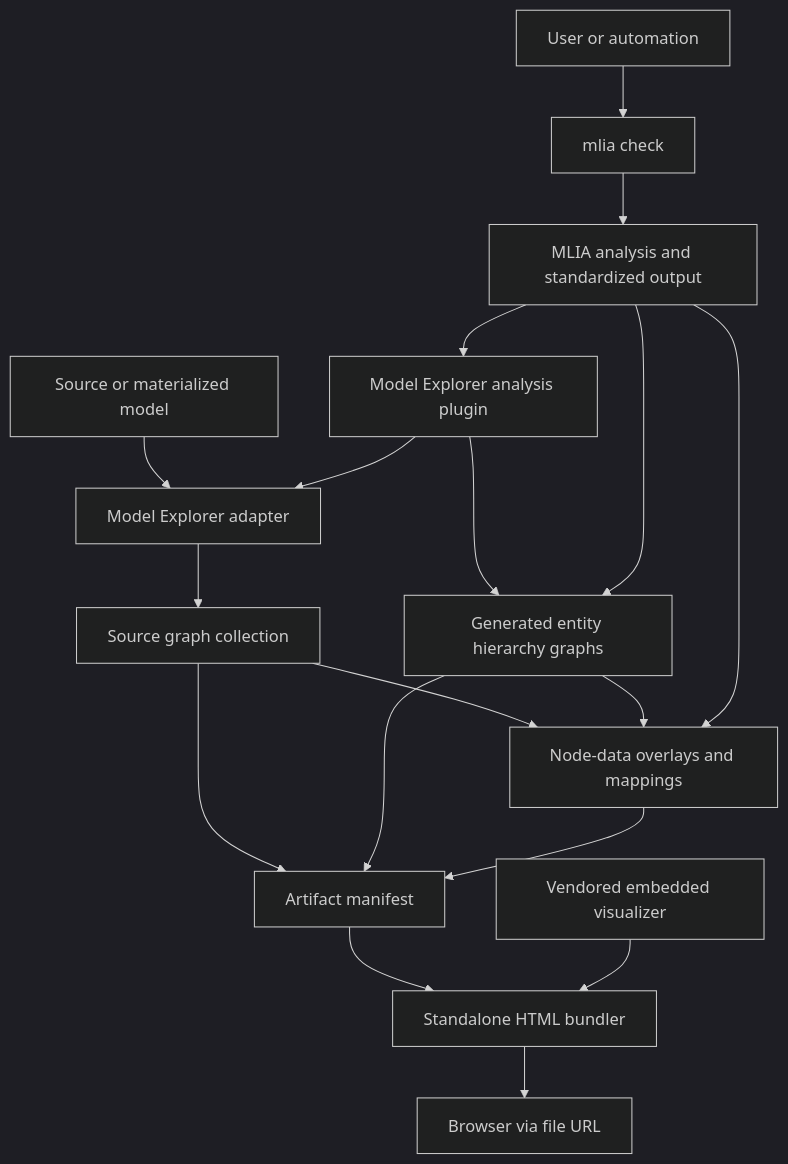
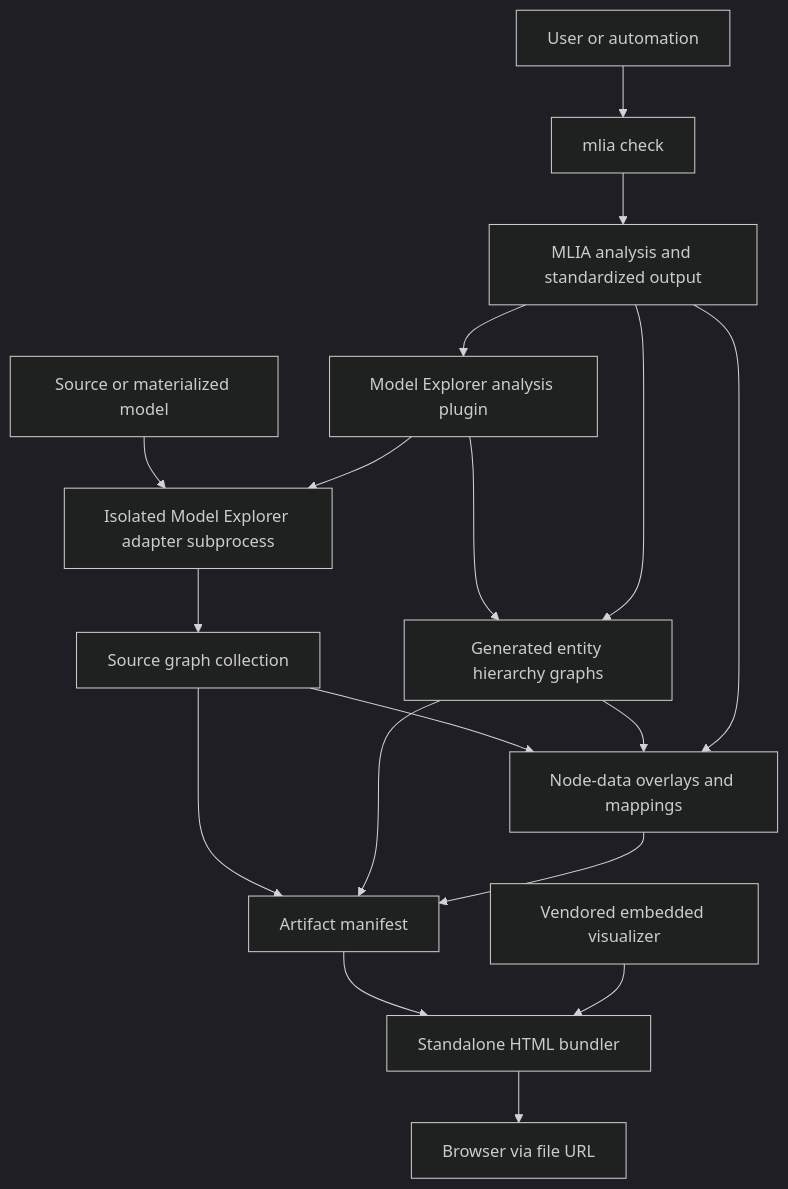
One commit to arm/mlia-model-explorer changed the diagram in docs/source/high_level_architecture.md. Above: the diagram before and after it, drawn with Mermaid (dark theme). The commit also changed other lines of this file and 37 other files, not shown here.

````diff
--- a/docs/source/high_level_architecture.md
+++ b/docs/source/high_level_architecture.md
@@ -24,20 +24,20 @@
 ```mermaid
 flowchart TD
     user[User or automation] --> cli[mlia check]
     cli --> core[MLIA analysis and standardized output]
     core --> plugin[Model Explorer analysis plugin]
-    model[Source or materialized model] --> adapters[Model Explorer adapter]
+    model[Source or materialized model] --> adapters[Isolated Model Explorer adapter subprocess]
     plugin --> adapters
     adapters --> source[Source graph collection]
     plugin --> hierarchy[Generated entity hierarchy graphs]
     core --> hierarchy
     source --> overlays[Node-data overlays and mappings]
     hierarchy --> overlays
     core --> overlays
     source --> manifest[Artifact manifest]
     hierarchy --> manifest
     overlays --> manifest
     manifest --> bundle[Standalone HTML bundler]
     runtime[Vendored embedded visualizer] --> bundle
     bundle --> browser[Browser via file URL]
 ```
````
